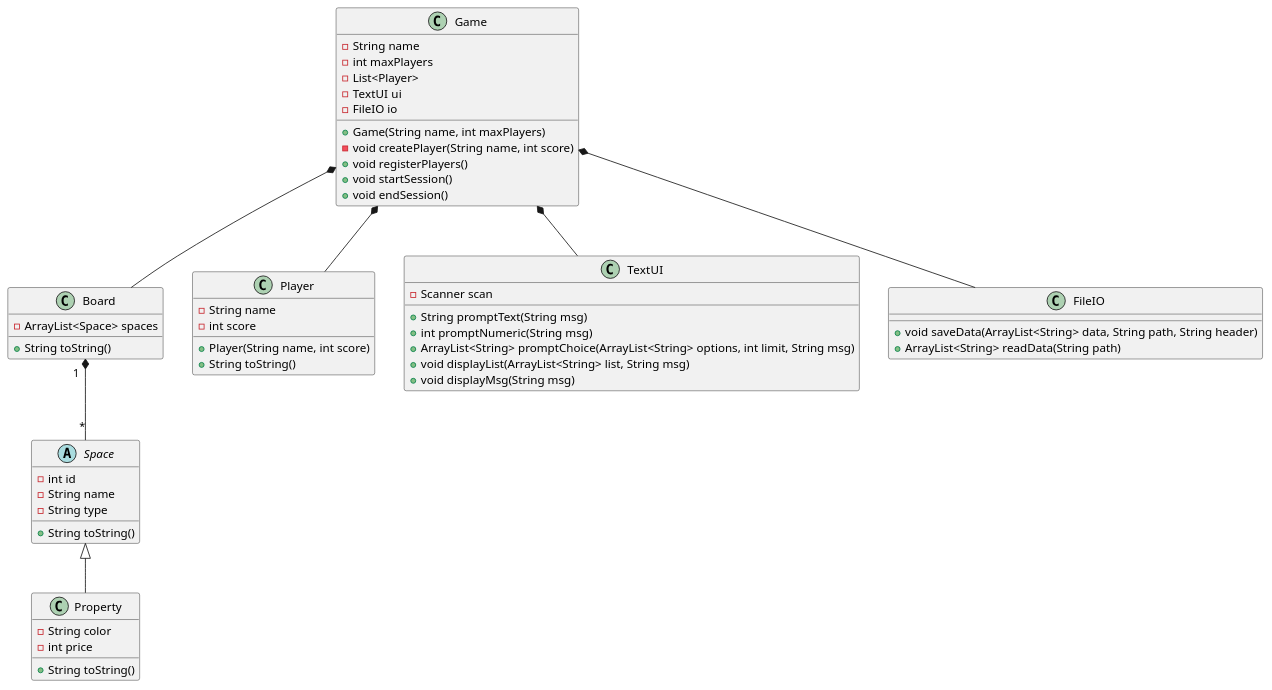
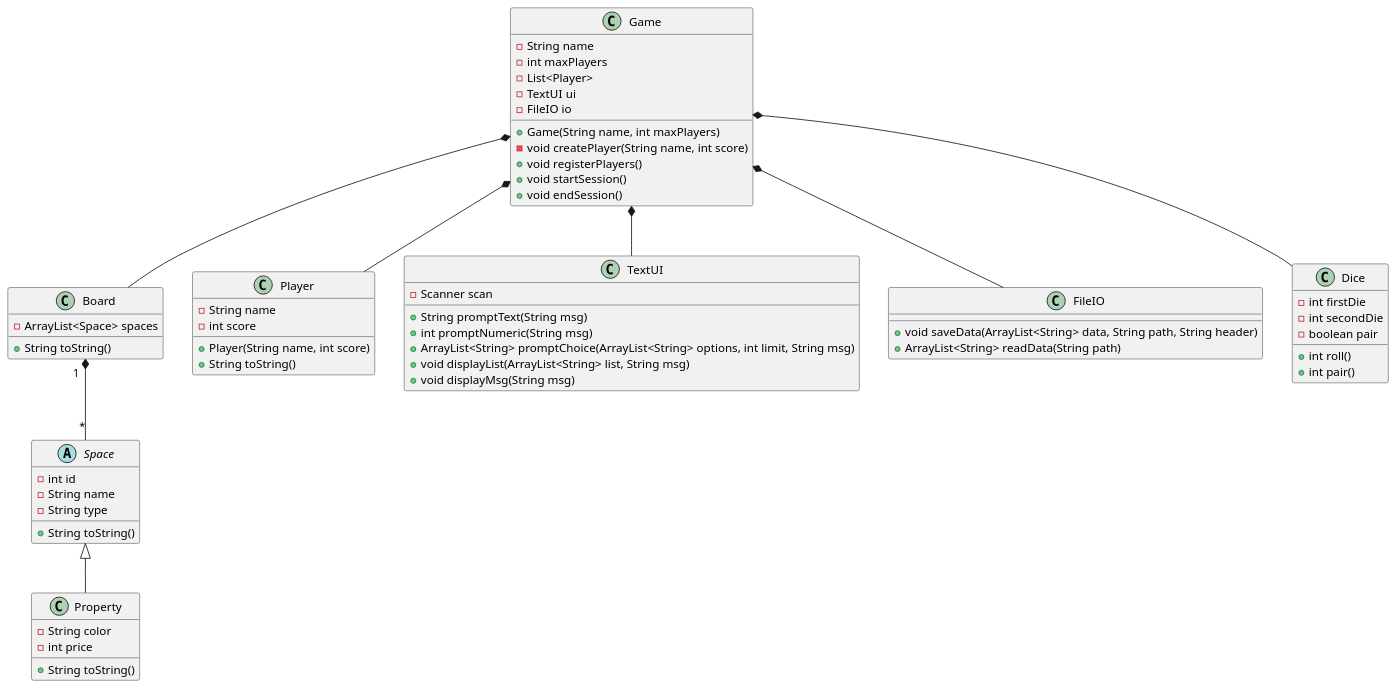
One commit to Dat1Cphbusiness/MonopolyE25Bornholm changed the diagram in doc/classdiagram_v1.puml. Above: the diagram before and after it, drawn with PlantUML. The commit also changed 5 other files, not shown here.

```diff
--- a/doc/classdiagram_v1.puml
+++ b/doc/classdiagram_v1.puml
@@ -1,74 +1,83 @@
 @startuml
 'https://plantuml.com/class-diagram
 
 class Game
 class Player
 
 
 Game *-- Player
 Game *-- TextUI
 Game *-- FileIO
 Game *-- Board
 Space "*" -up-* "1  " Board
 Property -up-|> Space
+Game *-- Dice
 
 
 
 class Game {
 - String name
 - int maxPlayers
 - List<Player>
 - TextUI ui
 - FileIO io
 + Game(String name, int maxPlayers)
 - void createPlayer(String name, int score)
 + void registerPlayers()
 + void startSession()
 + void endSession()
 
 }
 class Player {
 - String name
 - int score
 + Player(String name, int score)
 + String toString()
 }
 
 class Board {
 - ArrayList<Space> spaces
 + String toString()
 }
 
 abstract class Space {
 - int id
 - String name
 - String type
 + String toString()
 }
 
 class Property {
 - String color
 - int price
 + String toString()
 }
 
+class Dice {
+- int firstDie
+- int secondDie
+- boolean pair
++ int roll()
++ int pair()
+}
+
 class TextUI {
 - Scanner scan
 ' shows a message and returns the user's input as a String
 + String promptText(String msg)
 ' shows a message and returns the user's input as an integer
 + int promptNumeric(String msg)
 ' shows the options, promts for choices until limit is reached, and returns the user's choices as a list
 + ArrayList<String> promptChoice(ArrayList<String> options, int limit, String msg)
 ' shows a message and lists the content of a list
 +  void displayList(ArrayList<String> list, String msg)
 ' shows a message
 + void displayMsg(String msg)
 }
 
 class FileIO{
 + void saveData(ArrayList<String> data, String path, String header)
 + ArrayList<String> readData(String path)
 }
 
 @enduml
```
